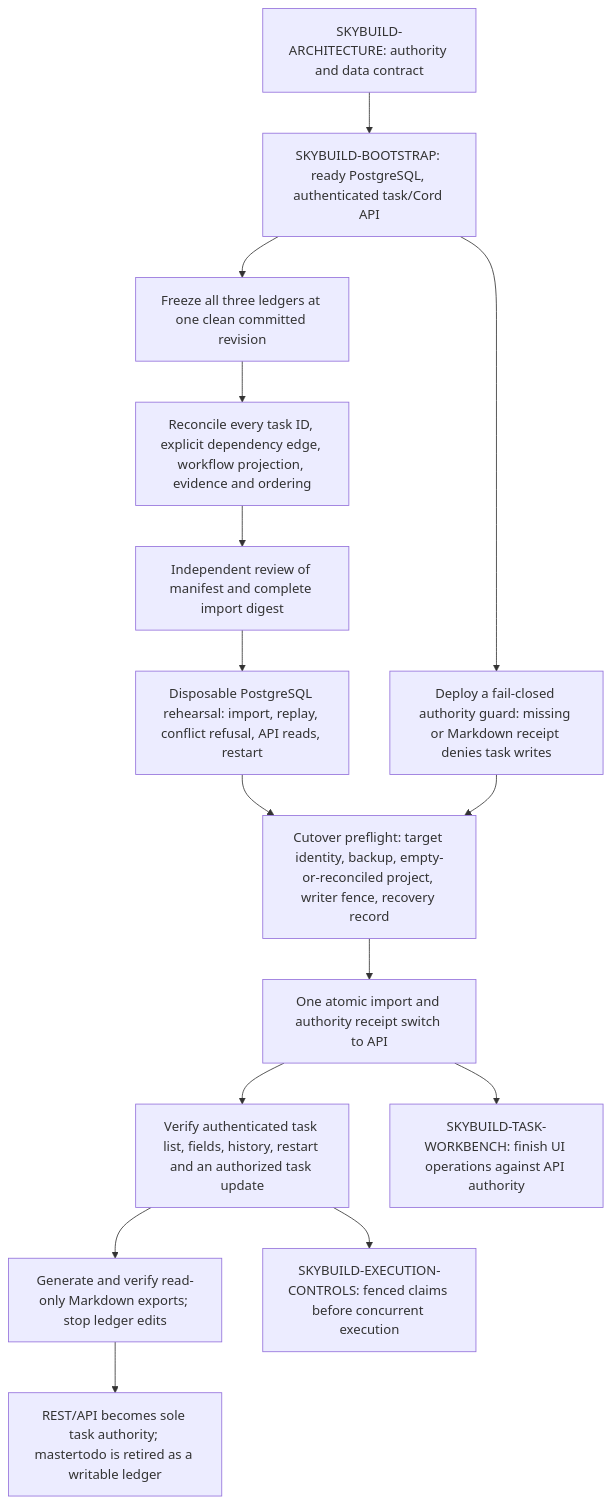
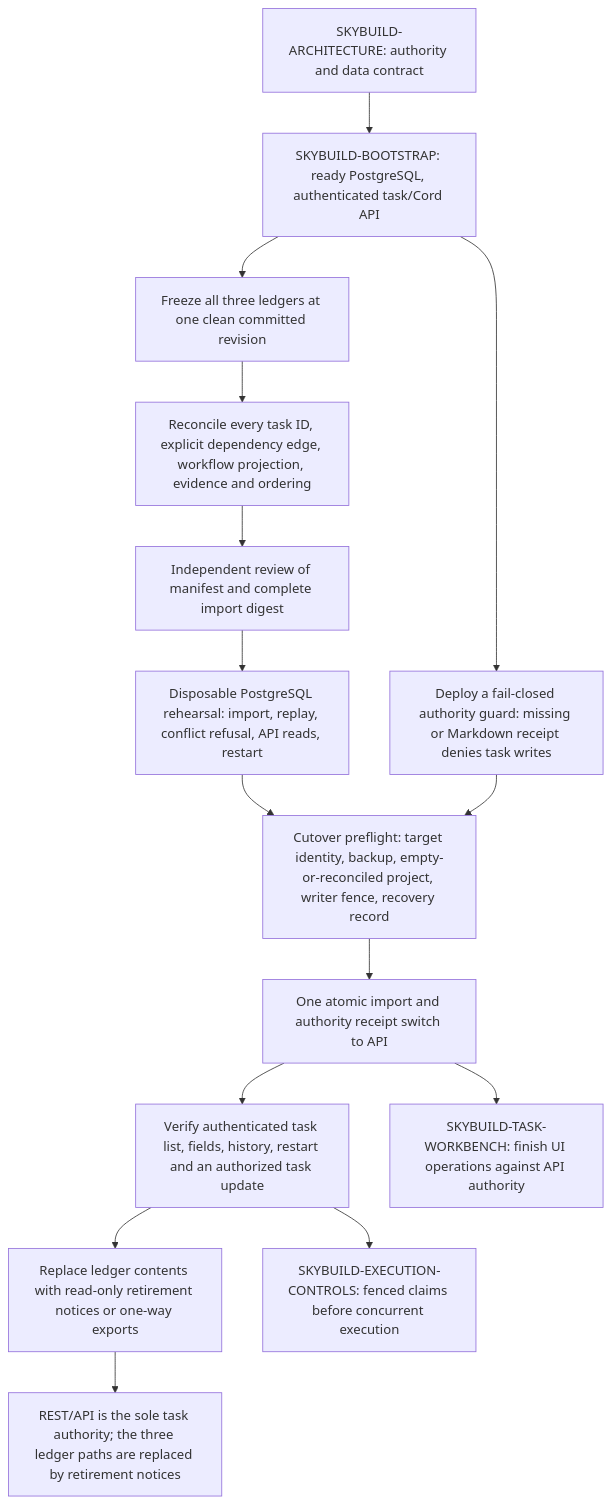
The first of 2 diagrams in docs/design/implementation_plan.md (stonesky-ai/skybuild), drawn with Mermaid before and after one commit. The commit also changed other lines of this file and 11 other files, not shown here.

Commit message:
Retire markdown task ledgers after API cutover

````diff
--- a/docs/design/implementation_plan.md
+++ b/docs/design/implementation_plan.md
@@ -123,17 +125,17 @@
 ```mermaid
 flowchart TD
     A[SKYBUILD-ARCHITECTURE: authority and data contract] --> B[SKYBUILD-BOOTSTRAP: ready PostgreSQL, authenticated task/Cord API]
     B --> W[Deploy a fail-closed authority guard: missing or Markdown receipt denies task writes]
     B --> C[Freeze all three ledgers at one clean committed revision]
     C --> D[Reconcile every task ID, explicit dependency edge, workflow projection, evidence and ordering]
     D --> E[Independent review of manifest and complete import digest]
     E --> F[Disposable PostgreSQL rehearsal: import, replay, conflict refusal, API reads, restart]
     F --> G[Cutover preflight: target identity, backup, empty-or-reconciled project, writer fence, recovery record]
     W --> G
     G --> H[One atomic import and authority receipt switch to API]
     H --> I[Verify authenticated task list, fields, history, restart and an authorized task update]
-    I --> J[Generate and verify read-only Markdown exports; stop ledger edits]
-    J --> K[REST/API becomes sole task authority; mastertodo is retired as a writable ledger]
+    I --> J[Replace ledger contents with read-only retirement notices or one-way exports]
+    J --> K[REST/API is the sole task authority; the three ledger paths are replaced by retirement notices]
     H --> L[SKYBUILD-TASK-WORKBENCH: finish UI operations against API authority]
     I --> M[SKYBUILD-EXECUTION-CONTROLS: fenced claims before concurrent execution]
 ```
````
